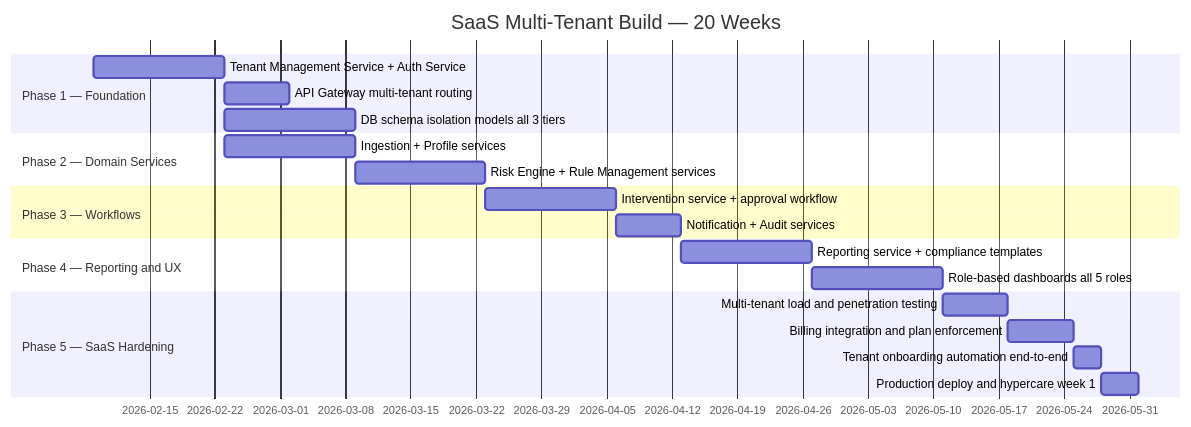
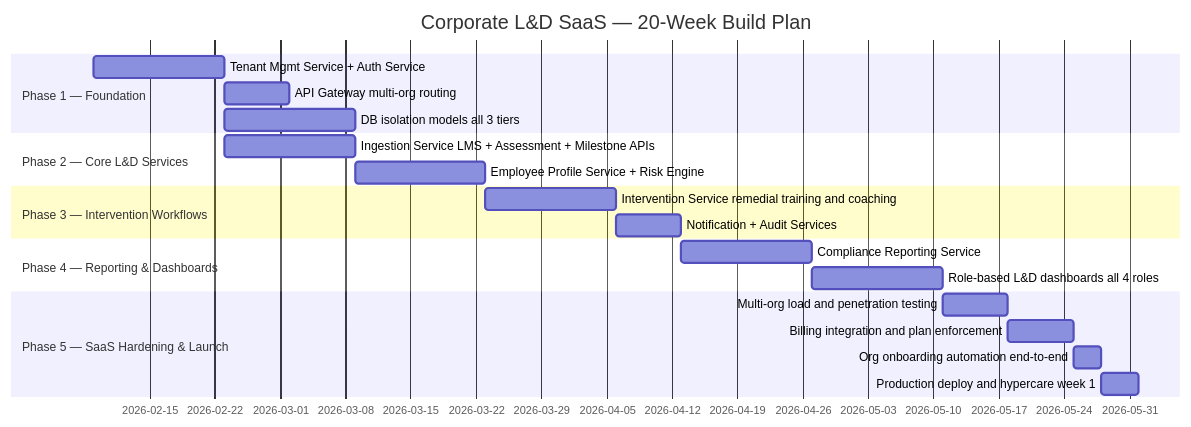
One commit to taarak18/propeller changed the sixth of 6 diagrams in L-D/.sasva/overview/05-deployment.md. Above: the diagram before and after it, drawn with Mermaid. The commit also changed other lines of this file and 6 other files, not shown here.

````diff
--- a/L-D/.sasva/overview/05-deployment.md
+++ b/L-D/.sasva/overview/05-deployment.md
@@ -321,27 +297,27 @@
 ```mermaid
 gantt
-    title SaaS Multi-Tenant Build — 20 Weeks
+    title Corporate L&D SaaS — 20-Week Build Plan
     dateFormat  YYYY-MM-DD
     section Phase 1 — Foundation
-    Tenant Management Service + Auth Service    :p1a, 2026-02-09, 14d
-    API Gateway multi-tenant routing            :p1b, after p1a, 7d
-    DB schema isolation models all 3 tiers      :p1c, after p1a, 14d
+    Tenant Mgmt Service + Auth Service          :p1a, 2026-02-09, 14d
+    API Gateway multi-org routing               :p1b, after p1a, 7d
+    DB isolation models all 3 tiers             :p1c, after p1a, 14d
 
-    section Phase 2 — Domain Services
-    Ingestion + Profile services                :p2a, 2026-02-23, 14d
-    Risk Engine + Rule Management services      :p2b, after p2a, 14d
+    section Phase 2 — Core L&D Services
+    Ingestion Service LMS + Assessment + Milestone APIs :p2a, 2026-02-23, 14d
+    Employee Profile Service + Risk Engine      :p2b, after p2a, 14d
 
-    section Phase 3 — Workflows
-    Intervention service + approval workflow    :p3a, 2026-03-23, 14d
-    Notification + Audit services               :p3b, after p3a, 7d
+    section Phase 3 — Intervention Workflows
+    Intervention Service remedial training and coaching :p3a, 2026-03-23, 14d
+    Notification + Audit Services               :p3b, after p3a, 7d
 
-    section Phase 4 — Reporting and UX
-    Reporting service + compliance templates    :p4a, 2026-04-13, 14d
-    Role-based dashboards all 5 roles           :p4b, after p4a, 14d
+    section Phase 4 — Reporting & Dashboards
+    Compliance Reporting Service                :p4a, 2026-04-13, 14d
+    Role-based L&D dashboards all 4 roles       :p4b, after p4a, 14d
 
-    section Phase 5 — SaaS Hardening
-    Multi-tenant load and penetration testing   :p5a, 2026-05-11, 7d
+    section Phase 5 — SaaS Hardening & Launch
+    Multi-org load and penetration testing      :p5a, 2026-05-11, 7d
     Billing integration and plan enforcement    :p5b, after p5a, 7d
-    Tenant onboarding automation end-to-end     :p5c, after p5b, 3d
+    Org onboarding automation end-to-end        :p5c, after p5b, 3d
     Production deploy and hypercare week 1      :p5d, after p5c, 4d
 ```
````
